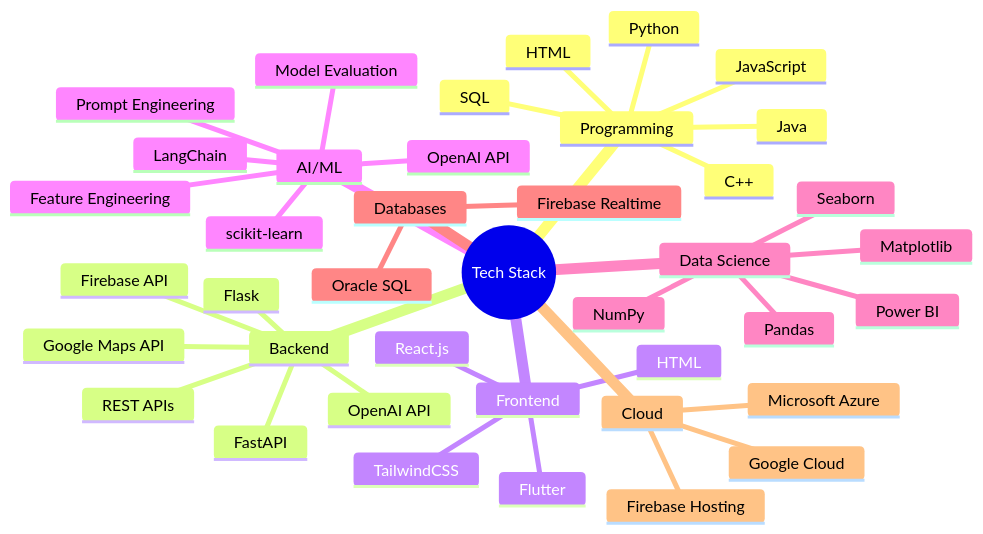
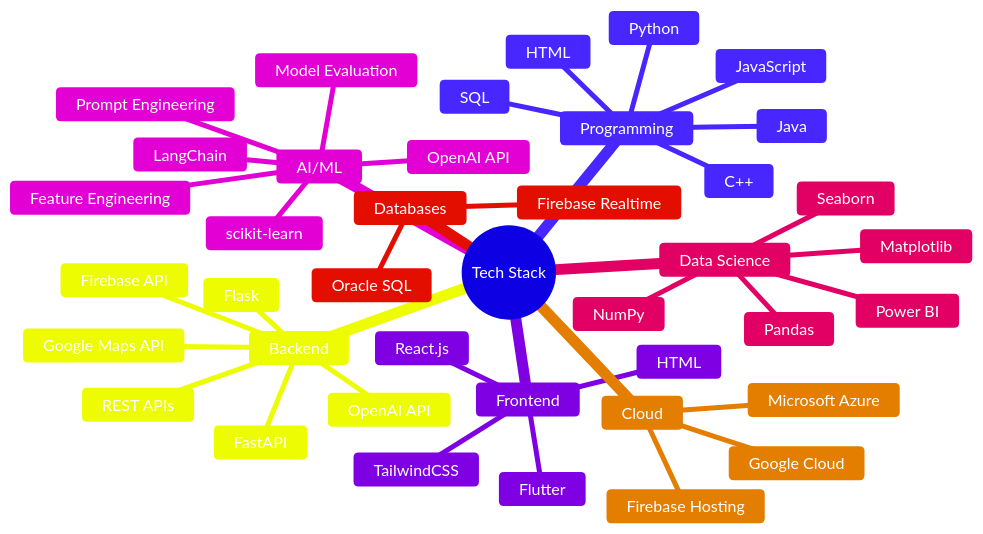
Before and after one commit to wardacoder/wardacoder: the diagram in README.md, drawn with Mermaid.

Commit message:
Add Python to Tech Stack section in README

````diff
--- a/README.md
+++ b/README.md
@@ -92,43 +92,44 @@
 ```mermaid
+%%{init: {'theme': 'base', 'themeVariables': { 'primaryColor': '#6C63FF', 'primaryTextColor': '#ffffff', 'lineColor': '#8A2BE2', 'secondaryColor': '#b3a5ff'}}}%%
 mindmap
   root((Tech Stack))
     Programming
       Python
       JavaScript
       Java
       C++
       SQL
       HTML
     Backend
       FastAPI
       Flask
       REST APIs
       OpenAI API
       Firebase API
       Google Maps API
     Frontend
       React.js
       Flutter
       HTML
       TailwindCSS
     AI/ML
       scikit-learn
       LangChain
       OpenAI API
       Feature Engineering
       Model Evaluation
       Prompt Engineering
     Data Science
       Matplotlib
       Seaborn
       Power BI
       Pandas
       NumPy
     Databases
       Oracle SQL
       Firebase Realtime
     Cloud
       Google Cloud
       Firebase Hosting
       Microsoft Azure
 ```
````
